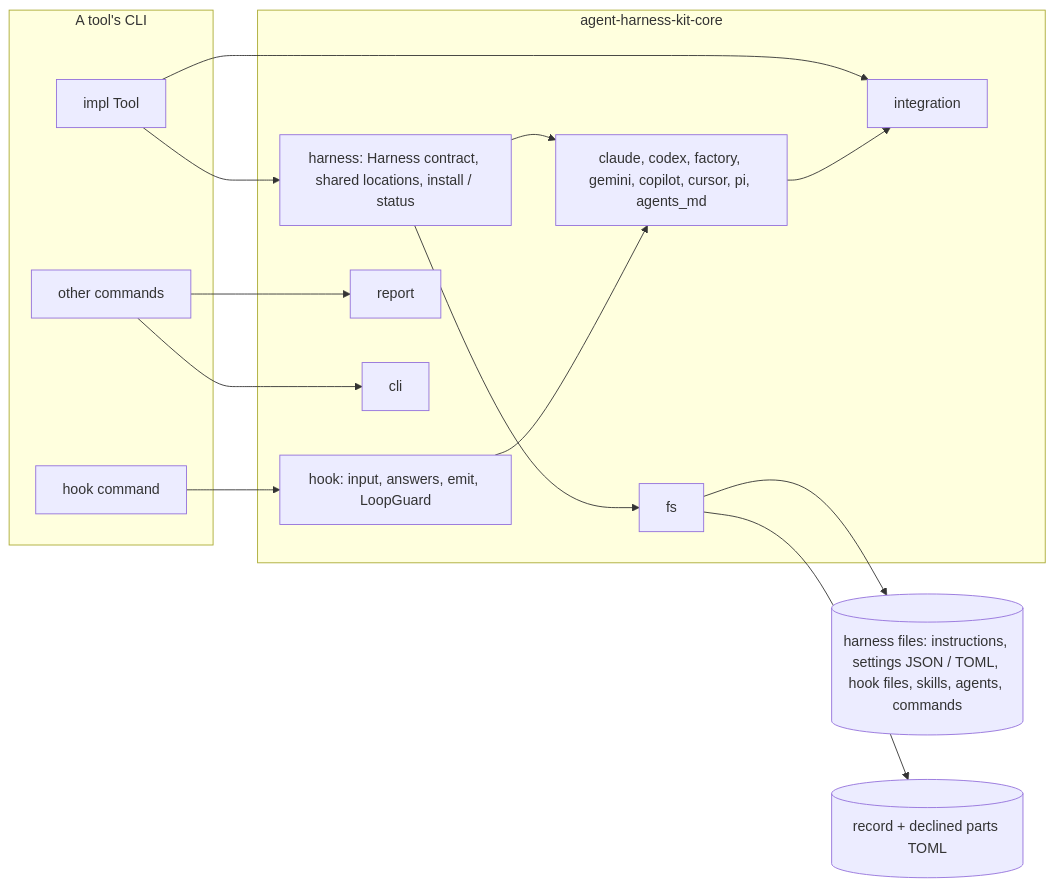
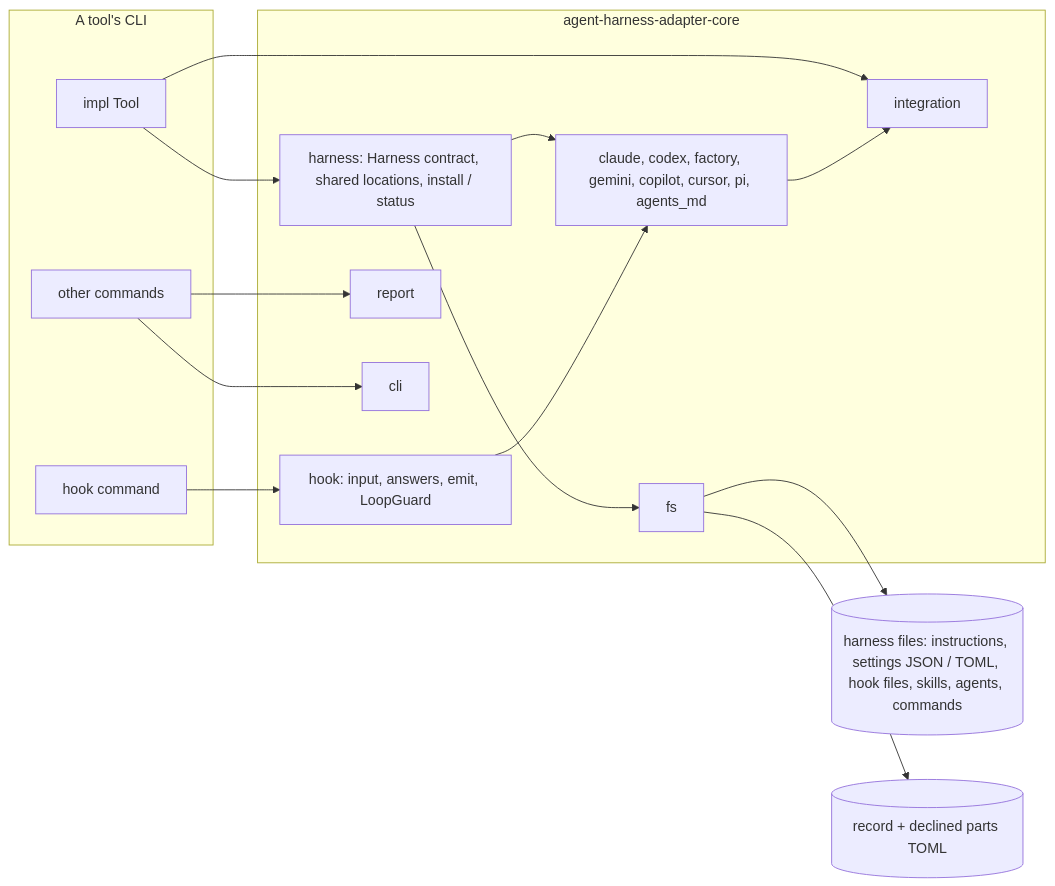
One commit to six5536/agent-harness-adapter changed the first of 2 diagrams in .zen/specs/ARCHITECTURE.md. Above: the diagram before and after it, drawn with Mermaid. The commit also changed other lines of this file and 262 other files, not shown here.

Commit message:
refactor: PLAN-012 rename agent-harness-kit to agent-harness-adapter; the ahk command is agent-harness-adapter; spec code AHK is AHA

````diff
--- a/.zen/specs/ARCHITECTURE.md
+++ b/.zen/specs/ARCHITECTURE.md
@@ -36,30 +36,30 @@
 ```mermaid
 flowchart LR
     subgraph Tool[A tool's CLI]
         ToolImpl[impl Tool]
         HookCmd[hook command]
         Cmds[other commands]
     end
-    subgraph Kit[agent-harness-kit-core]
+    subgraph Core[agent-harness-adapter-core]
         Integration[integration]
         Harness[harness: Harness contract, shared locations, install / status]
         Adapters[claude, codex, factory, gemini, copilot, cursor, pi, agents_md]
         Hook[hook: input, answers, emit, LoopGuard]
         Report[report]
         Cli[cli]
         Fs[fs]
     end
     Files[(harness files: instructions, settings JSON / TOML, hook files, skills, agents, commands)]
     Record[(record + declined parts TOML)]
     ToolImpl --> Integration
     ToolImpl --> Harness
     HookCmd --> Hook
     Cmds --> Report
     Cmds --> Cli
     Harness --> Adapters
     Adapters --> Integration
     Hook --> Adapters
     Harness --> Fs
     Fs --> Files
     Fs --> Record
 ```
````
